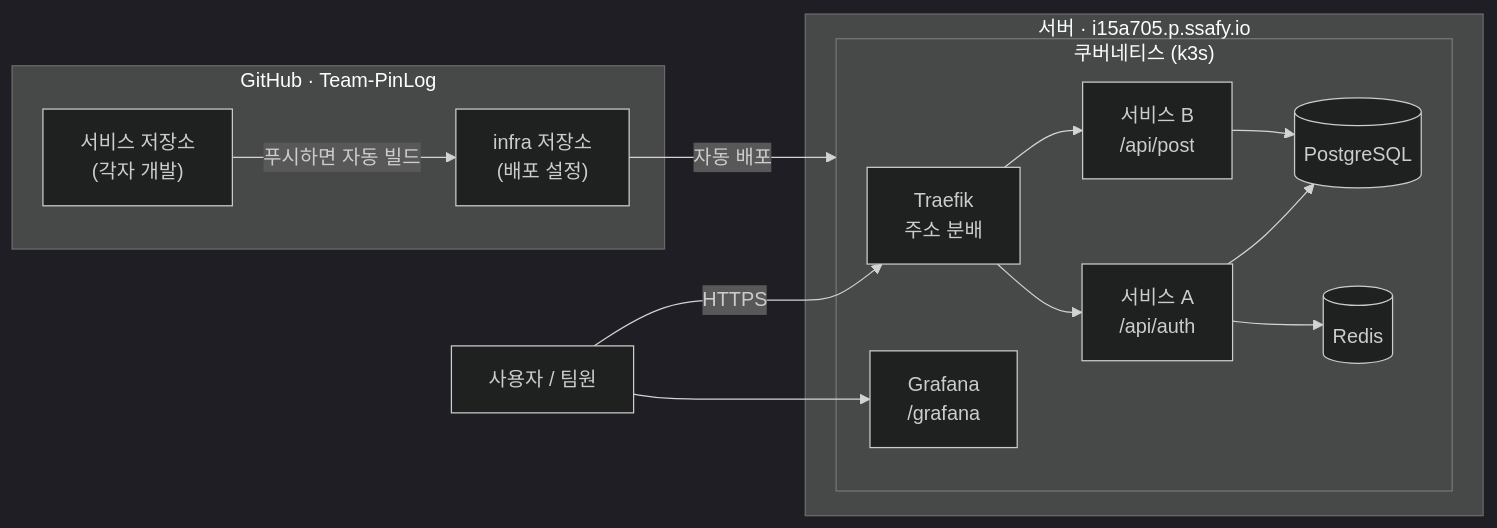
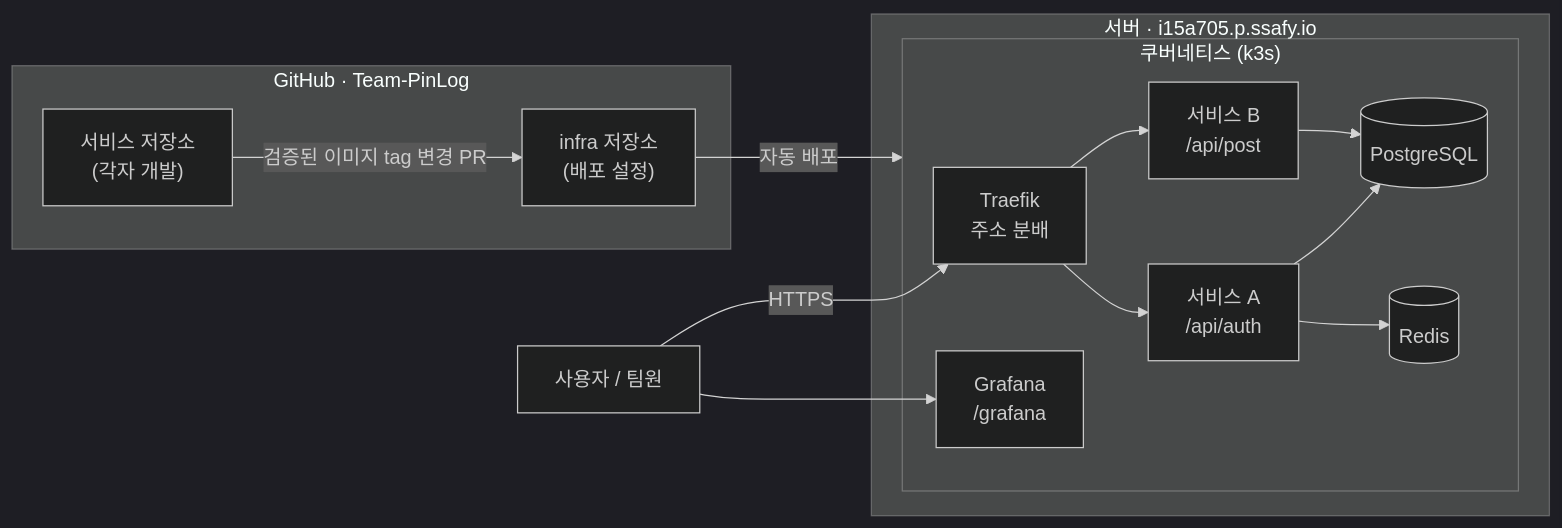
The diagram in docs/onboarding.md (Team-PinLog/infra), drawn with Mermaid (dark theme) before and after one commit. The commit also changed other lines of this file and 11 other files, not shown here.

````diff
--- a/docs/onboarding.md
+++ b/docs/onboarding.md
@@ -9,30 +9,30 @@
 ```mermaid
 flowchart LR
     U["사용자 / 팀원"]
 
     subgraph gh["GitHub · Team-PinLog"]
         SR["서비스 저장소<br/>(각자 개발)"]
         IR["infra 저장소<br/>(배포 설정)"]
     end
 
     subgraph srv["서버 · i15a705.p.ssafy.io"]
         subgraph k3s["쿠버네티스 (k3s)"]
             ING["Traefik<br/>주소 분배"]
             S1["서비스 A<br/>/api/auth"]
             S2["서비스 B<br/>/api/post"]
             DB[("PostgreSQL")]
             RD[("Redis")]
             MON["Grafana<br/>/grafana"]
         end
     end
 
     U -->|HTTPS| ING
     ING --> S1
     ING --> S2
     S1 --> DB
     S1 --> RD
     S2 --> DB
-    SR -->|푸시하면 자동 빌드| IR
+    SR -->|검증된 이미지 tag 변경 PR| IR
     IR -->|자동 배포| k3s
     U --> MON
 ```
````
